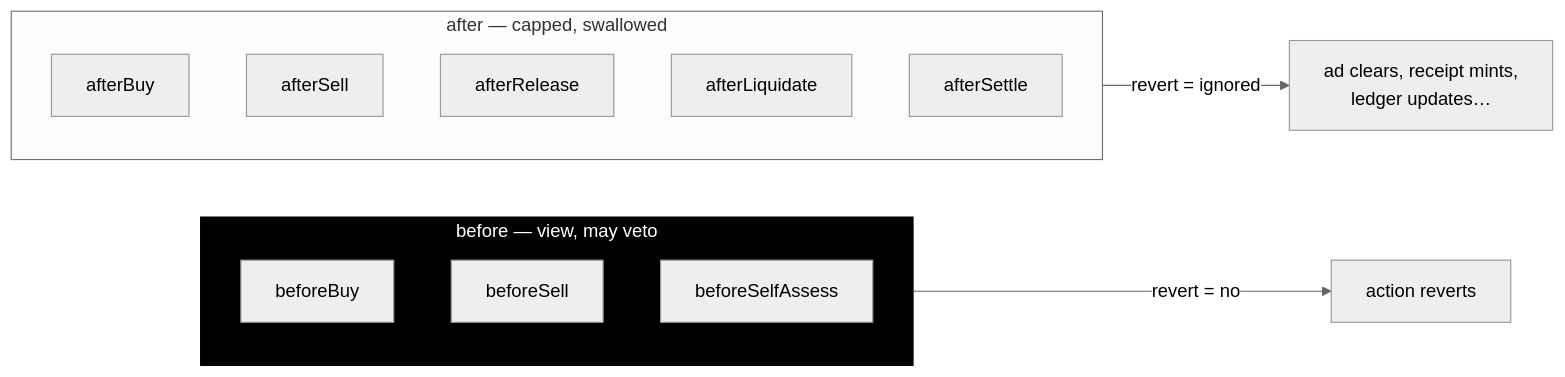
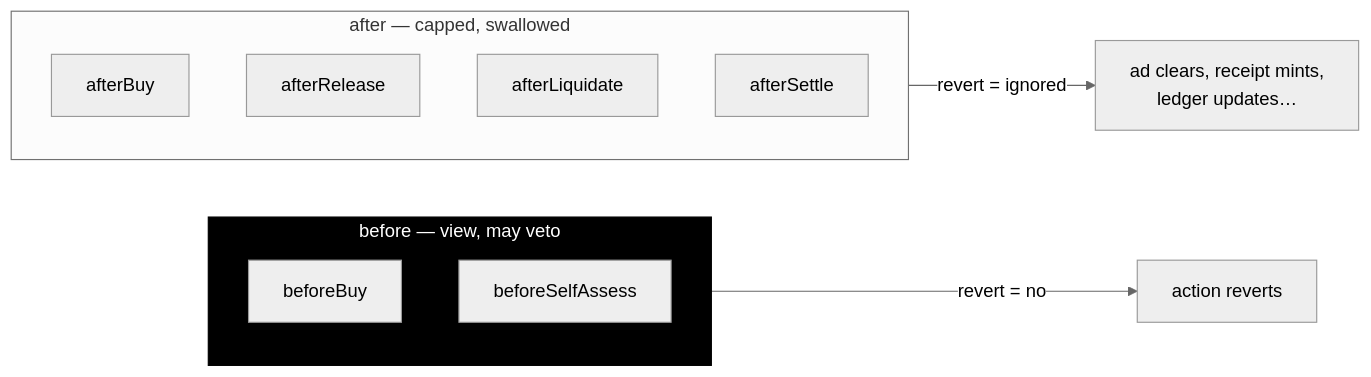
Before and after one commit to nezz0746/0xSlots: the first of 3 diagrams in apps/docs/docs/pages/concepts/hooks.mdx, drawn with Mermaid (neutral theme). The commit also changed other lines of this file and 46 other files, not shown here.

````diff
--- a/apps/docs/docs/pages/concepts/hooks.mdx
+++ b/apps/docs/docs/pages/concepts/hooks.mdx
@@ -54,20 +52,18 @@
 ```mermaid
 flowchart LR
     subgraph decide["before — view, may veto"]
         BB["beforeBuy"]
-        BS["beforeSell"]
         BA["beforeSelfAssess"]
     end
     subgraph record["after — capped, swallowed"]
         AB["afterBuy"]
-        AS["afterSell"]
         AR["afterRelease"]
         AL["afterLiquidate"]
         AT["afterSettle"]
     end
     decide -->|revert = no| Veto["action reverts"]
     record -->|revert = ignored| Effect["ad clears, receipt mints,<br/>ledger updates…"]
 
     classDef d fill:#000,stroke:#000,color:#fff
     class decide d
 ```
````
